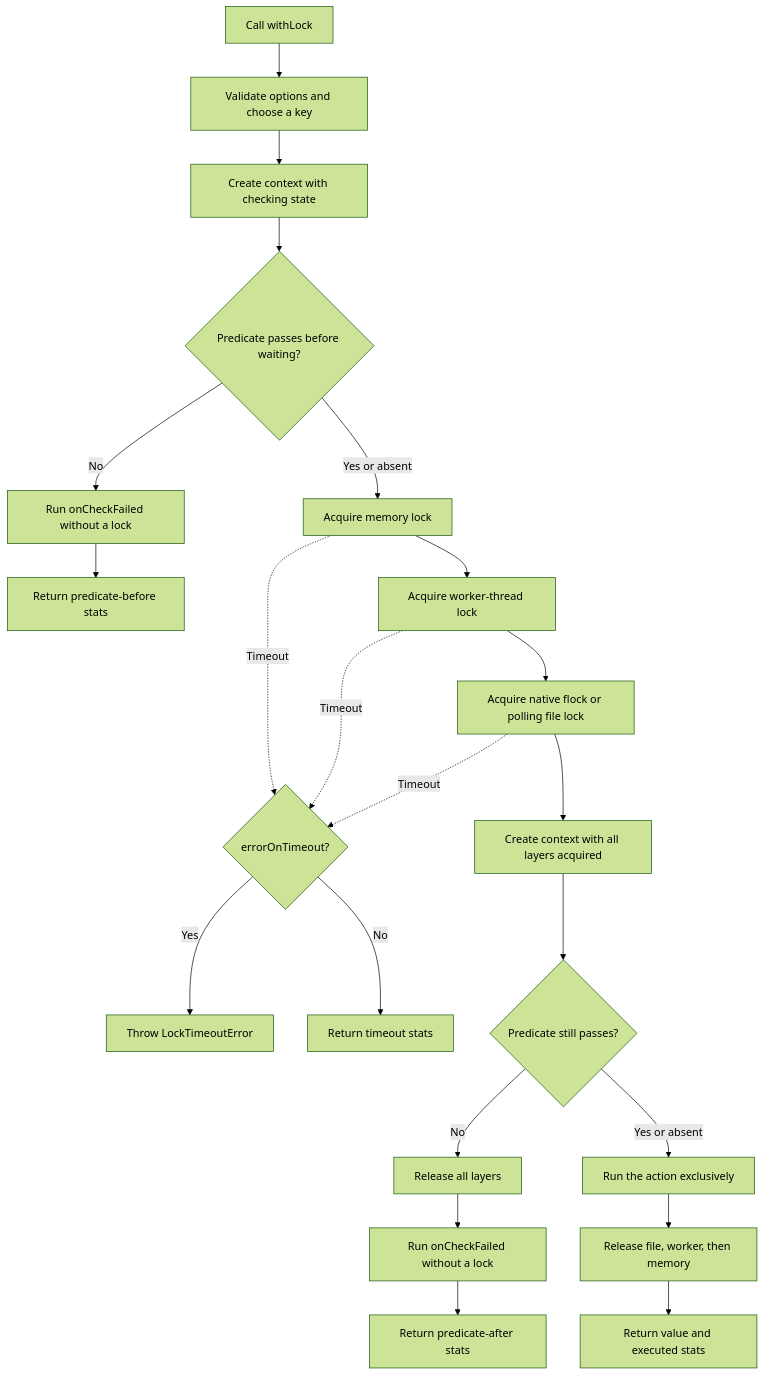
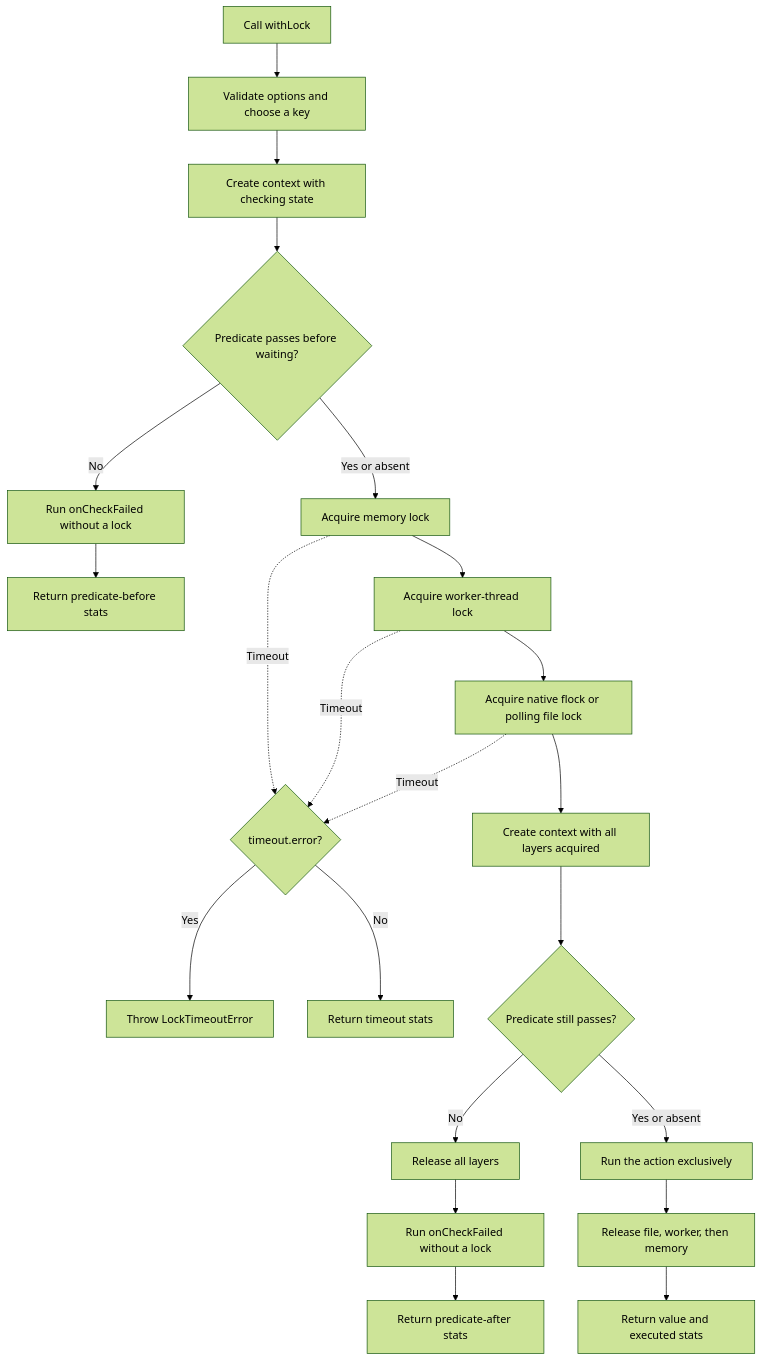
The second of 3 diagrams in README.md (regbo/lfp-common), drawn with Mermaid (forest theme) before and after one commit. The commit also changed other lines of this file and 8 other files, not shown here.

````diff
--- a/README.md
+++ b/README.md
@@ -101,24 +100,24 @@
 ```mermaid
 flowchart TD
     call["Call withLock"] --> options["Validate options and choose a key"]
     options --> checking["Create context with checking state"]
     checking --> before{"Predicate passes before waiting?"}
     before -- "No" --> failedBefore["Run onCheckFailed without a lock"]
     failedBefore --> skippedBefore["Return predicate-before stats"]
     before -- "Yes or absent" --> memory["Acquire memory lock"]
     memory --> worker["Acquire worker-thread lock"]
     worker --> file["Acquire native flock or polling file lock"]
-    memory -. "Timeout" .-> timeout{"errorOnTimeout?"}
+    memory -. "Timeout" .-> timeout{"timeout.error?"}
     worker -. "Timeout" .-> timeout
     file -. "Timeout" .-> timeout
     timeout -- "Yes" --> timeoutError["Throw LockTimeoutError"]
     timeout -- "No" --> timeoutResult["Return timeout stats"]
     file --> acquired["Create context with all layers acquired"]
     acquired --> after{"Predicate still passes?"}
     after -- "No" --> releaseFailed["Release all layers"]
     releaseFailed --> failedAfter["Run onCheckFailed without a lock"]
     failedAfter --> skippedAfter["Return predicate-after stats"]
     after -- "Yes or absent" --> action["Run the action exclusively"]
     action --> release["Release file, worker, then memory"]
     release --> result["Return value and executed stats"]
 ```
````
